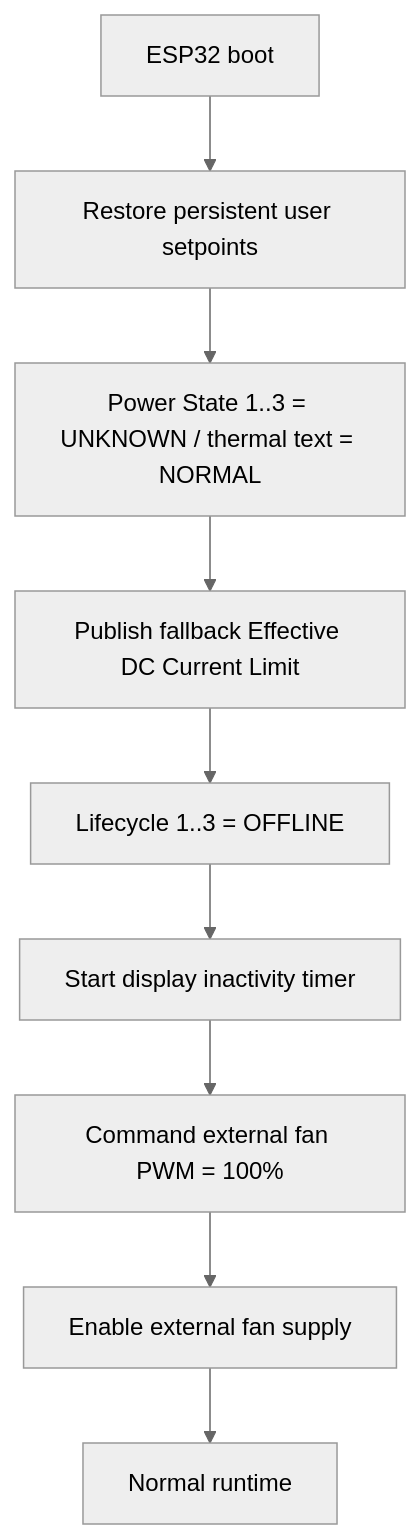
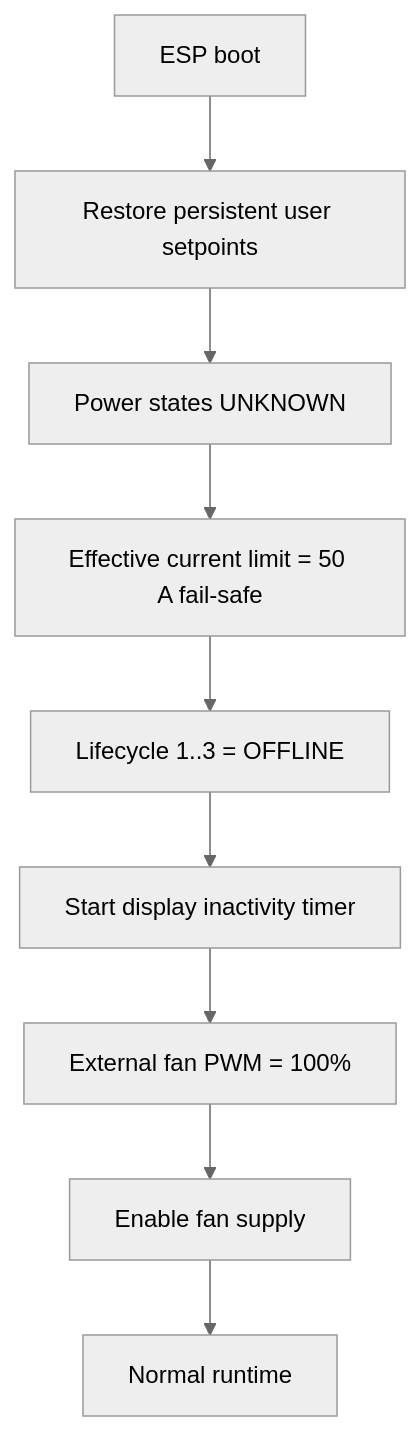
The third of 4 diagrams in R4875G1_CONTROL_FLOWS.md (anwa/esphome-r4875g1-3phase-charger), drawn with Mermaid (neutral theme) before and after one commit. The commit also changed other lines of this file, not shown here.

Commit message:
Synchronize control flow documentation with v4.0.0

````diff
--- a/R4875G1_CONTROL_FLOWS.md
+++ b/R4875G1_CONTROL_FLOWS.md
@@ -137,11 +88,11 @@
 ```mermaid
 flowchart TD
-    A[ESP32 boot] --> B[Restore persistent user setpoints]
-    B --> C[Power State 1..3 = UNKNOWN / thermal text = NORMAL]
-    C --> D[Publish fallback Effective DC Current Limit]
+    A[ESP boot] --> B[Restore persistent user setpoints]
+    B --> C[Power states UNKNOWN]
+    C --> D[Effective current limit = 50 A fail-safe]
     D --> E[Lifecycle 1..3 = OFFLINE]
     E --> F[Start display inactivity timer]
-    F --> G[Command external fan PWM = 100%]
-    G --> H[Enable external fan supply]
+    F --> G[External fan PWM = 100%]
+    G --> H[Enable fan supply]
     H --> I[Normal runtime]
 ```
````
